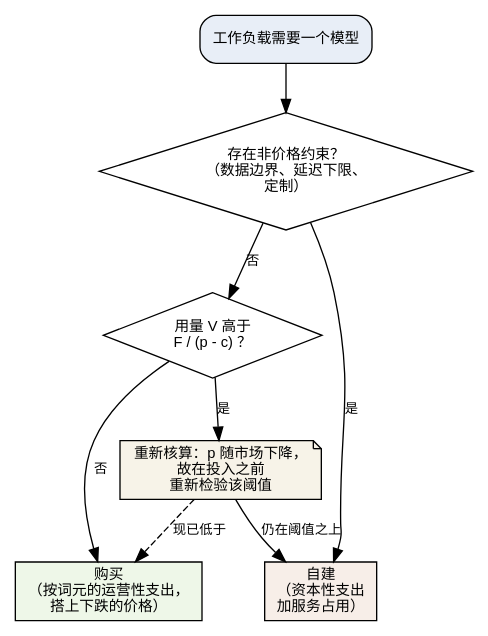
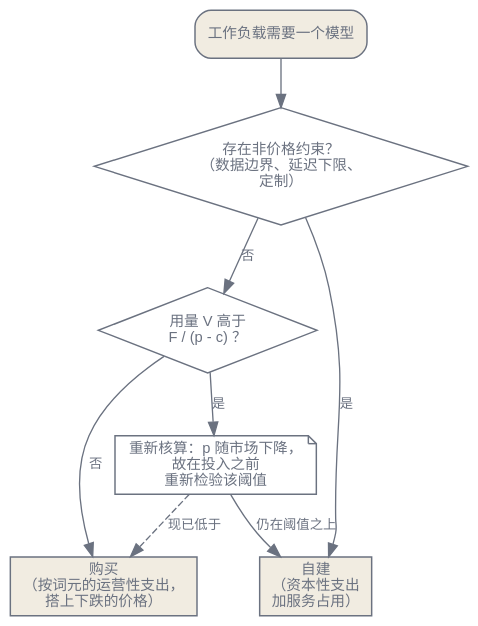
One commit to latere-ai/ai-as-an-infrastructure changed the second of 2 diagrams in zh/p9-ecosystem/37-economics.qmd. Above: the diagram before and after it, drawn with Graphviz. The commit also changed other lines of this file and 186 other files, not shown here.

First line of the commit message:
book: visual audit pass on all diagrams and figures

````diff
--- a/zh/p9-ecosystem/37-economics.qmd
+++ b/zh/p9-ecosystem/37-economics.qmd
@@ -181,24 +184,25 @@
 ```{dot}
 //| label: fig-economics-build-buy
 //| fig-cap: "自建与购买的决策作为一条分支路径。非价格约束直接强制自建。否则由用量阈值决定，而下跌的 API 价格在投入资本之前把答案绕回一次重新核算。"
 digraph build_buy {
+  bgcolor="transparent";
   rankdir=TB;
-  node [fontname="Helvetica", fontsize=11];
-  edge [fontname="Helvetica", fontsize=10];
+  node [fontname="Helvetica", fontsize=11, color="#6b7280", fontcolor="#6b7280", penwidth=1.1];
+  edge [fontname="Helvetica", fontsize=10, color="#6b7280", fontcolor="#6b7280"];
 
-  start [shape=box, style="rounded,filled", fillcolor="#e8eef7", label="工作负载需要一个模型"];
+  start [shape=box, style="rounded,filled", fillcolor="#f1ece1", label="工作负载需要一个模型"];
   constraint [shape=diamond, label="存在非价格约束？\n（数据边界、延迟下限、\n定制）"];
   volume [shape=diamond, label="用量 V 高于\nF / (p - c) ？"];
-  build [shape=box, style=filled, fillcolor="#f7eee8", label="自建\n（资本性支出\n加服务占用）"];
-  buy [shape=box, style=filled, fillcolor="#eef7e8", label="购买\n（按词元的运营性支出，\n搭上下跌的价格）"];
-  recheck [shape=note, style=filled, fillcolor="#f7f3e8", label="重新核算：p 随市场下降，\n故在投入之前\n重新检验该阈值"];
+  build [shape=box, style=filled, fillcolor="#f1ece1", label="自建\n（资本性支出\n加服务占用）"];
+  buy [shape=box, style=filled, fillcolor="#f1ece1", label="购买\n（按词元的运营性支出，\n搭上下跌的价格）"];
+  recheck [shape=note, label="重新核算：p 随市场下降，\n故在投入之前\n重新检验该阈值"];
 
   start -> constraint;
   constraint -> build [label="是"];
   constraint -> volume [label="否"];
   volume -> recheck [label="是"];
   volume -> buy [label="否"];
   recheck -> build [label="仍在阈值之上"];
   recheck -> buy [label="现已低于", style=dashed];
 }
 ```
````
